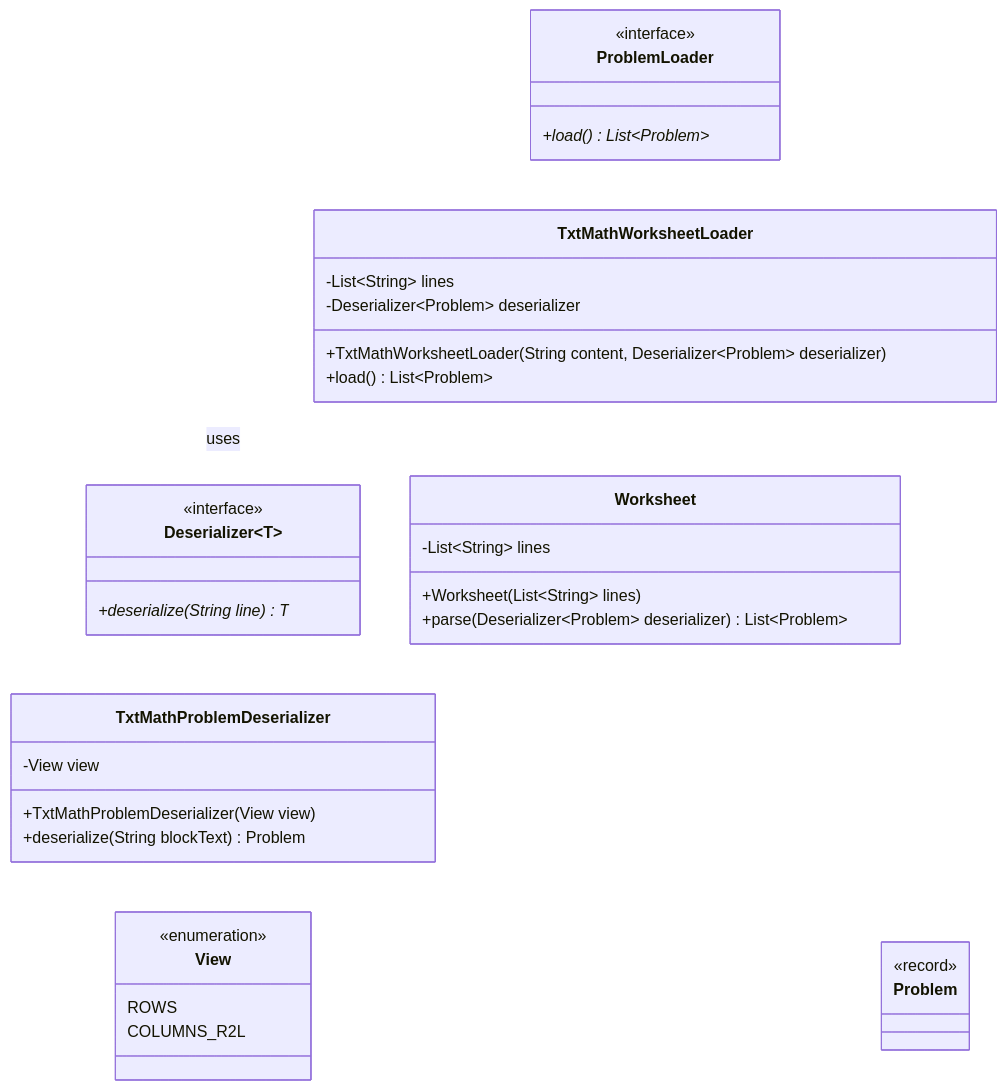
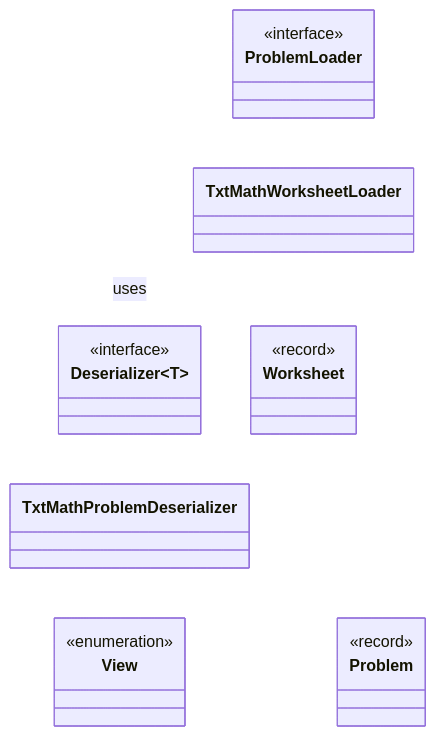
One commit to lauraheerrera/aoc2025 changed the diagram in UML diagrams/uml_day06_io.md. Above: the diagram before and after it, drawn with Mermaid. The commit also changed 76 other files, not shown here.

````diff
--- a/UML diagrams/uml_day06_io.md
+++ b/UML diagrams/uml_day06_io.md
@@ -3,46 +3,32 @@
 ```mermaid
 %%{init: { 'themeVariables': { 'lineColor': '#FFFFFF' } } }%%
 classDiagram
     direction TB
     class Deserializer~T~ {
         <<interface>>
-        +deserialize(String line)* T
     }
     class ProblemLoader {
         <<interface>>
-        +load()* List~Problem~
     }
     class TxtMathWorksheetLoader {
-        -List~String~ lines
-        -Deserializer~Problem~ deserializer
-        +TxtMathWorksheetLoader(String content, Deserializer~Problem~ deserializer)
-        +load() List~Problem~
     }
     class TxtMathProblemDeserializer {
-        -View view
-        +TxtMathProblemDeserializer(View view)
-        +deserialize(String blockText) Problem
-
     }
     class Worksheet {
-        -List~String~ lines
-        +Worksheet(List~String~ lines)
-        +parse(Deserializer~Problem~ deserializer) List~Problem~
+        <<record>>
     }
     class View {
         <<enumeration>>
-        ROWS
-        COLUMNS_R2L
     }
     class Problem {
         <<record>>
     }
 
     ProblemLoader <|.. TxtMathWorksheetLoader
     Deserializer <|.. TxtMathProblemDeserializer
     TxtMathWorksheetLoader --> Deserializer : uses
     TxtMathWorksheetLoader ..> Worksheet
     TxtMathWorksheetLoader ..> Problem
     TxtMathProblemDeserializer --> View
     TxtMathProblemDeserializer ..> Problem
 ```
````
